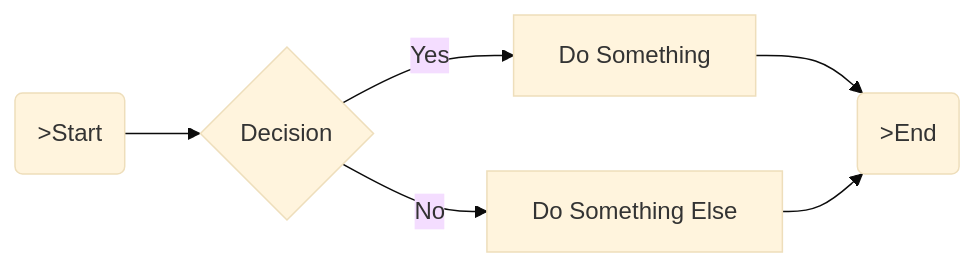
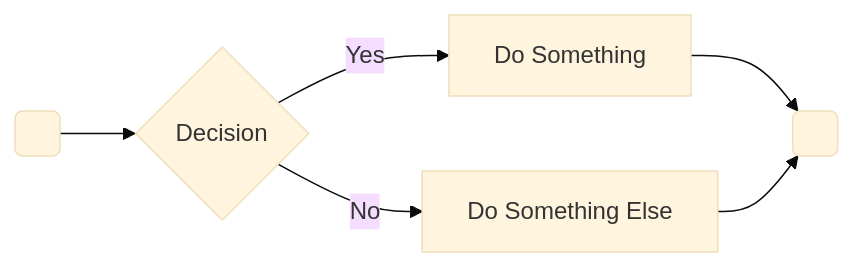
Before and after one commit to mjdvisualz/fysik-quiz-app: the diagram in README.md, drawn with Mermaid (base theme). The commit also changed other lines of this file, not shown here.

````diff
--- a/README.md
+++ b/README.md
@@ -16,8 +16,8 @@
 ```mermaid
 graph LR
-    A(>Start) --> B{Decision}
+    A(<Start) --> B{Decision}
     B -->|Yes| C[Do Something]
     B -->|No| D[Do Something Else]
-    C --> E(>End)
+    C --> E(<End)
     D --> E
 ```
````
